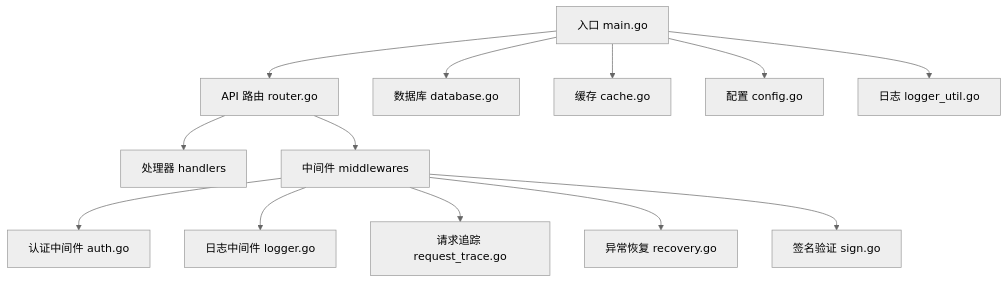
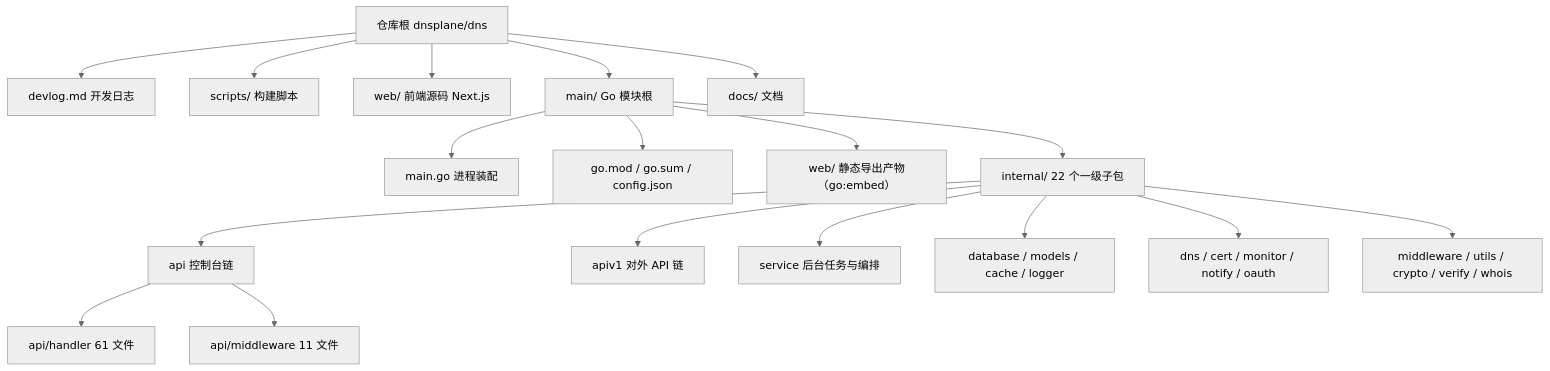
The first of 7 diagrams in docs/后端开发指南/后端开发指南.md (x01n/dnsplane), drawn with Mermaid (neutral theme) before and after one commit. The commit also changed other lines of this file and 326 other files, not shown here.

````diff
--- a/docs/后端开发指南/后端开发指南.md
+++ b/docs/后端开发指南/后端开发指南.md
@@ -47,15 +65,21 @@
 ```mermaid
 graph TB
-A["入口 main.go"] --> B["API 路由 router.go"]
-B --> C["处理器 handlers"]
-B --> D["中间件 middlewares"]
-D --> E["认证中间件 auth.go"]
-D --> F["日志中间件 logger.go"]
-D --> G["请求追踪 request_trace.go"]
-D --> H["异常恢复 recovery.go"]
-D --> I["签名验证 sign.go"]
-A --> J["数据库 database.go"]
-A --> K["缓存 cache.go"]
-A --> L["配置 config.go"]
-A --> M["日志 logger_util.go"]
+Root["仓库根 dnsplane/dns"]
+Root --> Devlog["devlog.md 开发日志"]
+Root --> Scripts["scripts/ 构建脚本"]
+Root --> Web["web/ 前端源码 Next.js"]
+Root --> Main["main/ Go 模块根"]
+Root --> Docs["docs/ 文档"]
+Main --> MainGo["main.go 进程装配"]
+Main --> Gomod["go.mod / go.sum / config.json"]
+Main --> EmbWeb["web/ 静态导出产物（go:embed）"]
+Main --> Internal["internal/ 22 个一级子包"]
+Internal --> API["api 控制台链"]
+Internal --> Apiv1["apiv1 对外 API 链"]
+Internal --> Svc["service 后台任务与编排"]
+Internal --> Infra["database / models / cache / logger"]
+Internal --> Domain["dns / cert / monitor / notify / oauth"]
+Internal --> Cross["middleware / utils / crypto / verify / whois"]
+API --> Handler["api/handler 61 文件"]
+API --> MW["api/middleware 11 文件"]
 ```
````
